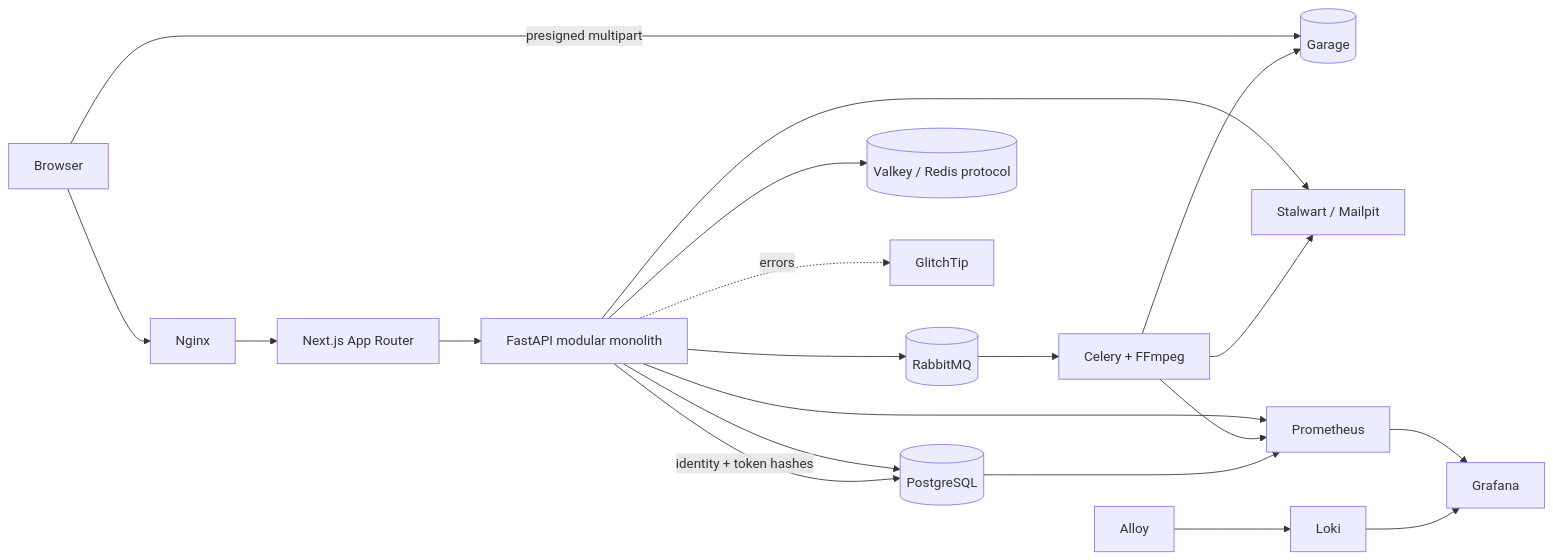
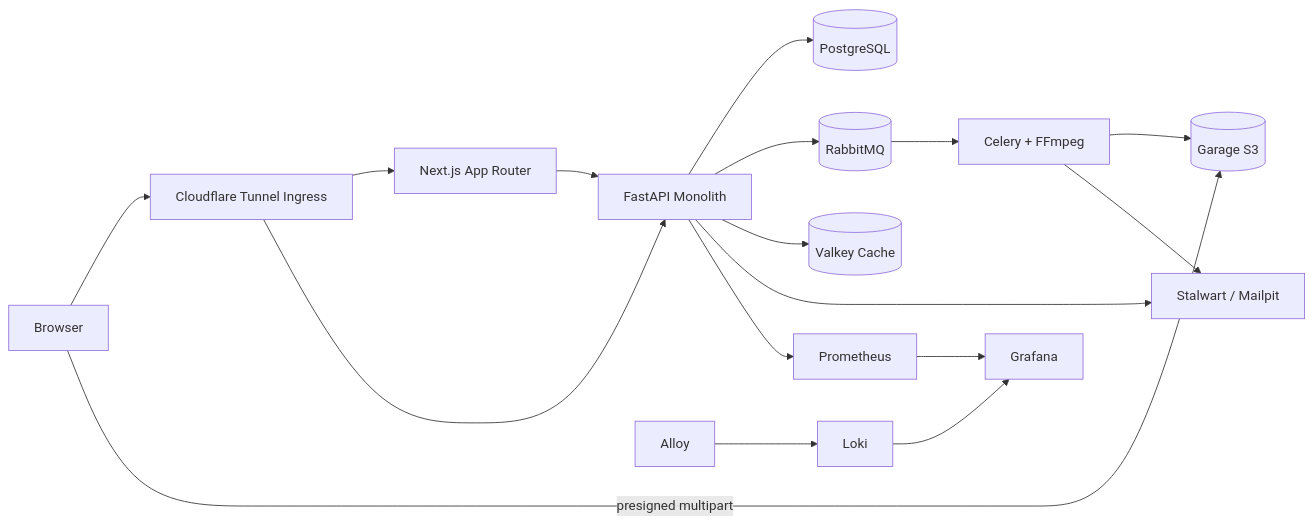
One commit to khanhnkq/feed.io changed the diagram in README.md. Above: the diagram before and after it, drawn with Mermaid. The commit also changed other lines of this file and 11 other files, not shown here.

Commit message:
refactor: replace Nginx with Cloudflare Tunnel and add CF-Connecting-IP rate limit support and tests

````diff
--- a/README.md
+++ b/README.md
@@ -51,22 +40,18 @@
 ```mermaid
 flowchart LR
-    Browser --> Nginx
-    Nginx --> Web[Next.js App Router]
-    Web --> API[FastAPI modular monolith]
-    Browser -->|presigned multipart| Garage[(Garage)]
+    Browser --> CFTunnel[Cloudflare Tunnel Ingress]
+    CFTunnel --> Web[Next.js App Router]
+    CFTunnel --> API[FastAPI Monolith]
+    Web --> API
+    Browser -->|presigned multipart| Garage[(Garage S3)]
     API --> PostgreSQL[(PostgreSQL)]
     API --> RabbitMQ[(RabbitMQ)]
-    API --> Valkey[(Valkey / Redis protocol)]
+    API --> Valkey[(Valkey Cache)]
     RabbitMQ --> Worker[Celery + FFmpeg]
     Worker --> Garage
-    API -->|identity + token hashes| PostgreSQL
     API --> Mail[Stalwart / Mailpit]
     Worker --> Mail
     API --> Prometheus
-    Worker --> Prometheus
-    PostgreSQL --> Prometheus
-    Alloy --> Loki
     Prometheus --> Grafana
-    Loki --> Grafana
-    API -. errors .-> GlitchTip
+    Alloy --> Loki --> Grafana
 ```
````
